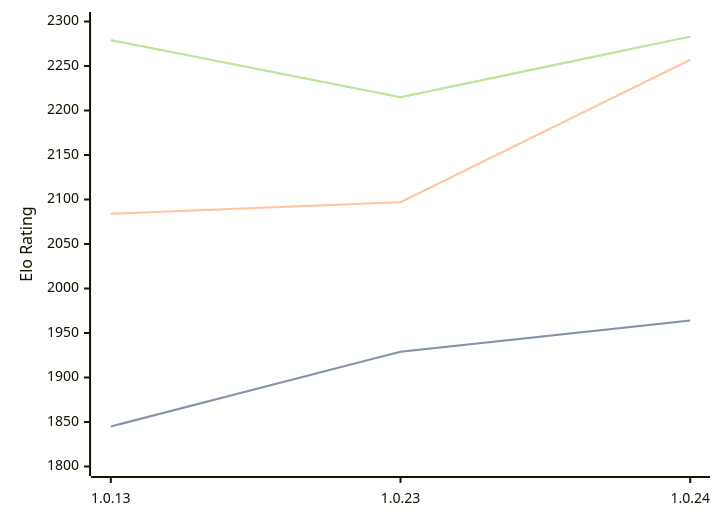
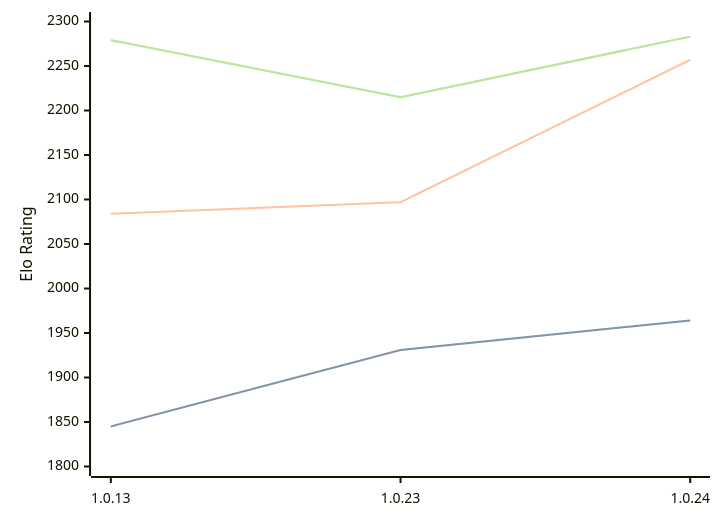
One commit to computer-chess-index/cci changed the diagram in engines/RustyRival.md. Above: the diagram before and after it, drawn with Mermaid. The commit also changed other lines of this file, not shown here.

````diff
--- a/engines/RustyRival.md
+++ b/engines/RustyRival.md
@@ -53,11 +53,11 @@
 ```mermaid
 %%{init: {"theme":"base","themeVariables":{"seriesColors:['#a3a3a3','#222221','#faa371']}}}%%
 xychart-beta
   x-axis ["1.0.13", "1.0.23", "1.0.24"]
   y-axis "Elo Rating" 1800 --> 2300
-  line "STC (8.0+0.08s)" [1845, 1929, 1964]
-  line "STC (8.0+0.08s)" [1845, 1929, 1964]
+  line "STC (8.0+0.08s)" [1845, 1931, 1964]
+  line "STC (8.0+0.08s)" [1845, 1931, 1964]
   line "LTC (60.0+0.60s)" [2084, 2097, 2257]
   line "VLTC (2m24s+1.12s)" [2279, 2215, 2283]
   line "VLTC (2m24s+1.12s)" [2279, 2215, 2283]
 ```
````
